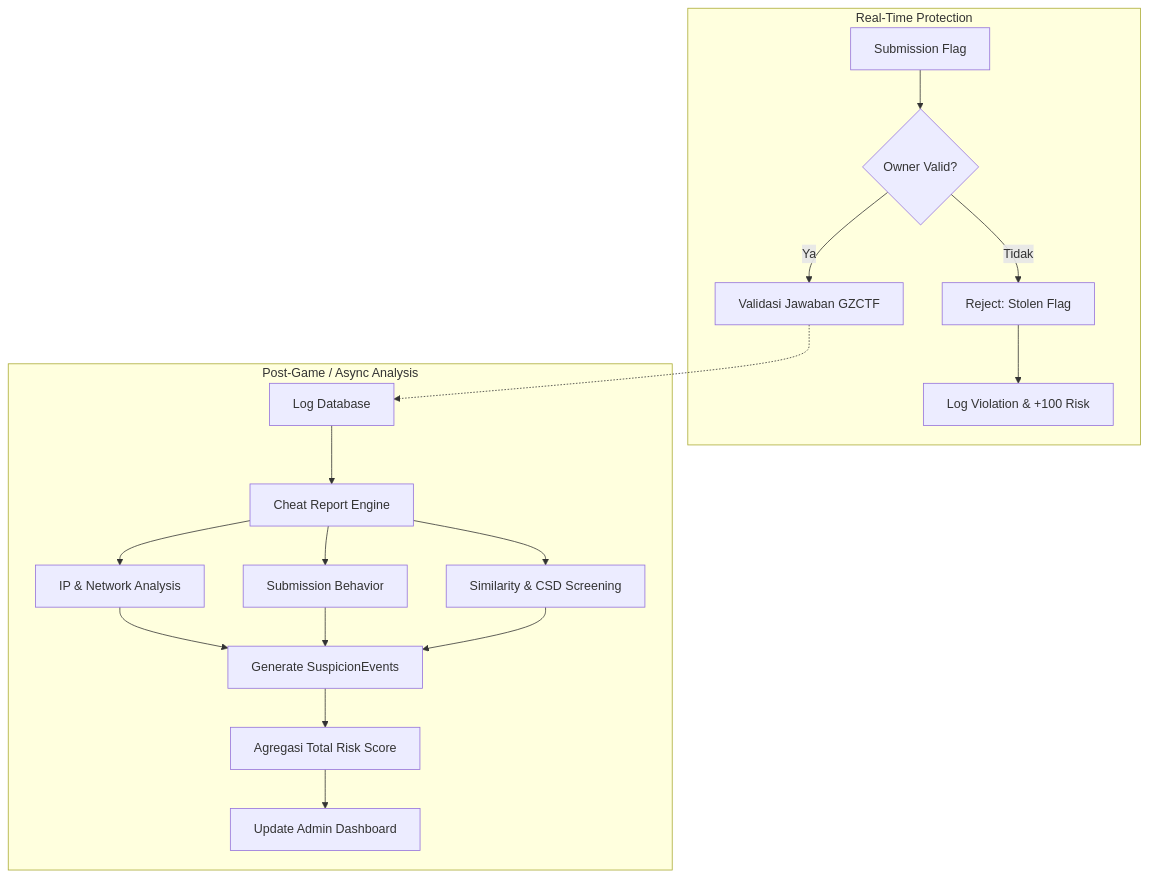
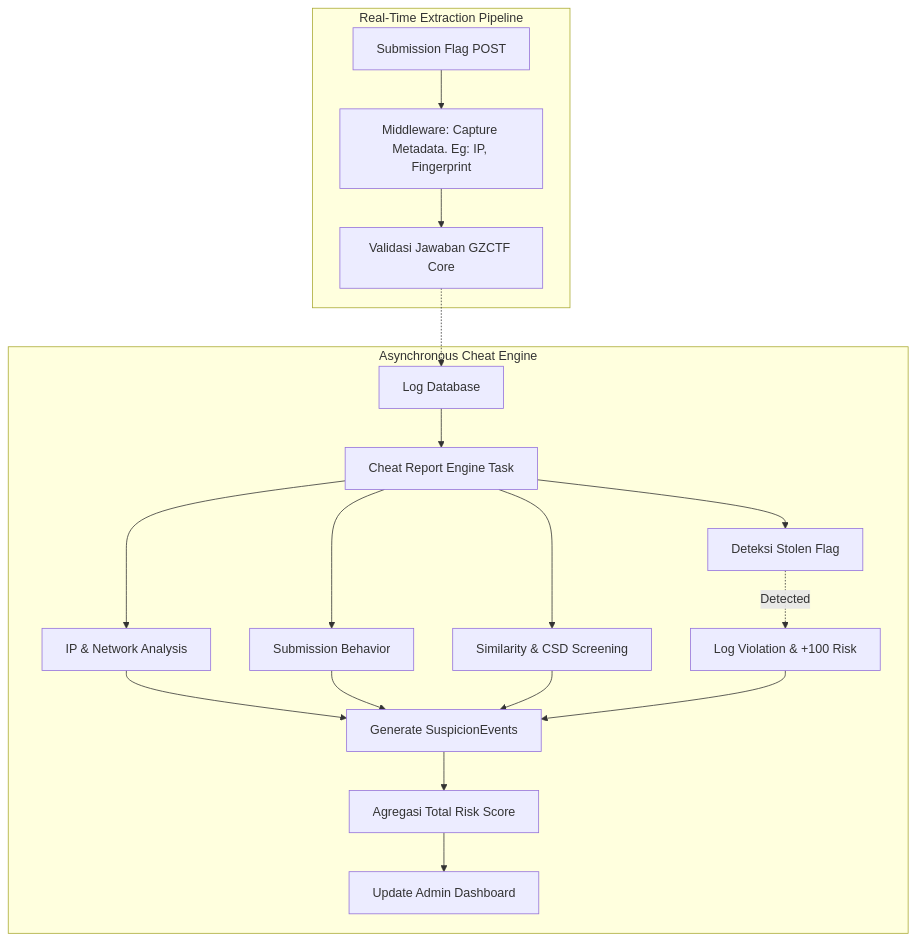
Before and after one commit to dimasma0305/proposal-skripsi: the fifth of 10 diagrams in index.qmd, drawn with Mermaid. The commit also changed other lines of this file, not shown here.

Commit message:
refactor: update web fingerprinting and Jaccard Similarity descriptions, revise real-time detection to asynchronous analysis, and refine penalty weights and use case flows.

````diff
--- a/index.qmd
+++ b/index.qmd
@@ -413,28 +414,29 @@
 ```{mermaid}
 %%| fig-cap: "Activity Diagram Alur Deteksi Kecurangan"
 %%| fig-width: 6.5
 %%| label: fig-activity
 flowchart TD
-    subgraph RealTime [Real-Time Protection]
-        Submit[Submission Flag] --> CheckStolen{Owner Valid?}
-        CheckStolen -- Tidak --> Reject[Reject: Stolen Flag]
-        Reject --> LogStolen[Log Violation & +100 Risk]
-        CheckStolen -- Ya --> Logic[Validasi Jawaban GZCTF]
+    subgraph RealTime [Real-Time Extraction Pipeline]
+        Submit[Submission Flag POST] --> Middleware[Middleware: Capture Metadata. Eg: IP, Fingerprint]
+        Middleware --> Logic[Validasi Jawaban GZCTF Core]
     end
 
-    subgraph PostGame [Post-Game / Async Analysis]
-        Logs[Log Database] --> Analyzer[Cheat Report Engine]
+    subgraph AsyncEngine [Asynchronous Cheat Engine]
+        Logs[Log Database] --> Analyzer[Cheat Report Engine Task]
+        Analyzer --> CheckStolen[Deteksi Stolen Flag]
+        CheckStolen -.->|Detected| Violations[Log Violation & +100 Risk]
         Analyzer --> Network[IP & Network Analysis]
         Analyzer --> Behavior[Submission Behavior]
         Analyzer --> Plagiarism[Similarity & CSD Screening]
         
         Network --> Events[Generate SuspicionEvents]
         Behavior --> Events
         Plagiarism --> Events
+        Violations --> Events
         
         Events --> RiskCalc[Agregasi Total Risk Score]
         RiskCalc --> Dashboard[Update Admin Dashboard]
     end
     
     Logic -.-> Logs
 ```
````
